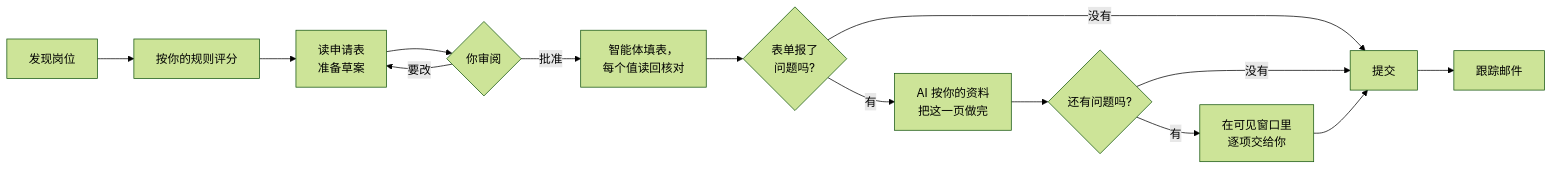
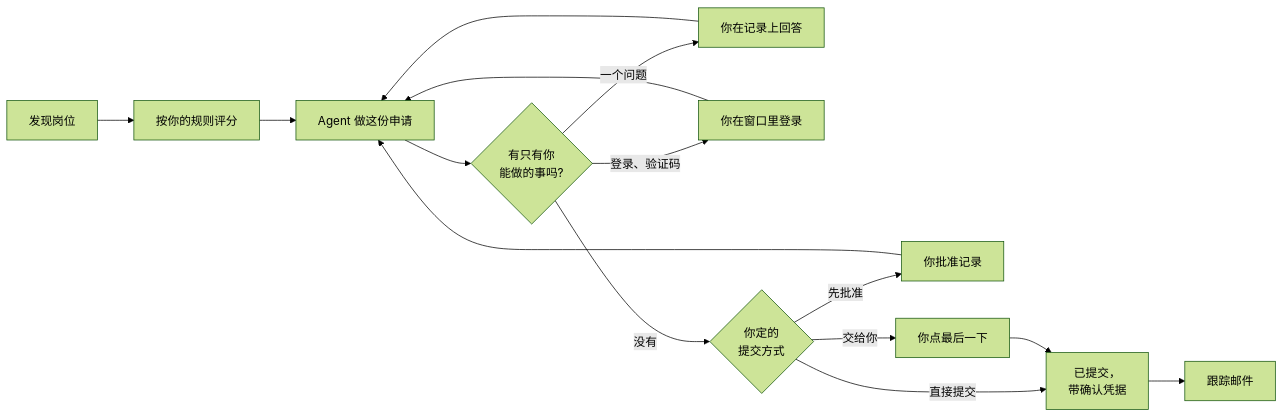
One commit to Liam-Frost/AutoApply changed the diagram in README.zh-CN.md. Above: the diagram before and after it, drawn with Mermaid (forest theme). The commit also changed other lines of this file and 153 other files, not shown here.

````diff
--- a/README.zh-CN.md
+++ b/README.zh-CN.md
@@ -132,16 +132,15 @@
 ```mermaid
 flowchart LR
     A[发现岗位] --> B[按你的规则评分]
-    B --> C[读申请表<br>准备草案]
-    C --> D{你审阅}
-    D -- 要改 --> C
-    D -- 批准 --> E[智能体填表，<br>每个值读回核对]
-    E --> F{表单报了<br>问题吗?}
-    F -- 没有 --> H[提交]
-    F -- 有 --> G[AI 按你的资料<br>把这一页做完]
-    G --> F2{还有问题吗?}
-    F2 -- 没有 --> H
-    F2 -- 有 --> I[在可见窗口里<br>逐项交给你]
-    I --> H
+    B --> C[Agent 做这份申请]
+    C --> D{有只有你<br>能做的事吗?}
+    D -- 一个问题 --> Q[你在记录上回答]
+    D -- 登录、验证码 --> S[你在窗口里登录]
+    Q --> C
+    S --> C
+    D -- 没有 --> E{你定的<br>提交方式}
+    E -- 直接提交 --> H[已提交，<br>带确认凭据]
+    E -- 先批准 --> R[你批准记录] --> C
+    E -- 交给你 --> W[你点最后一下] --> H
     H --> J[跟踪邮件]
 ```
````
